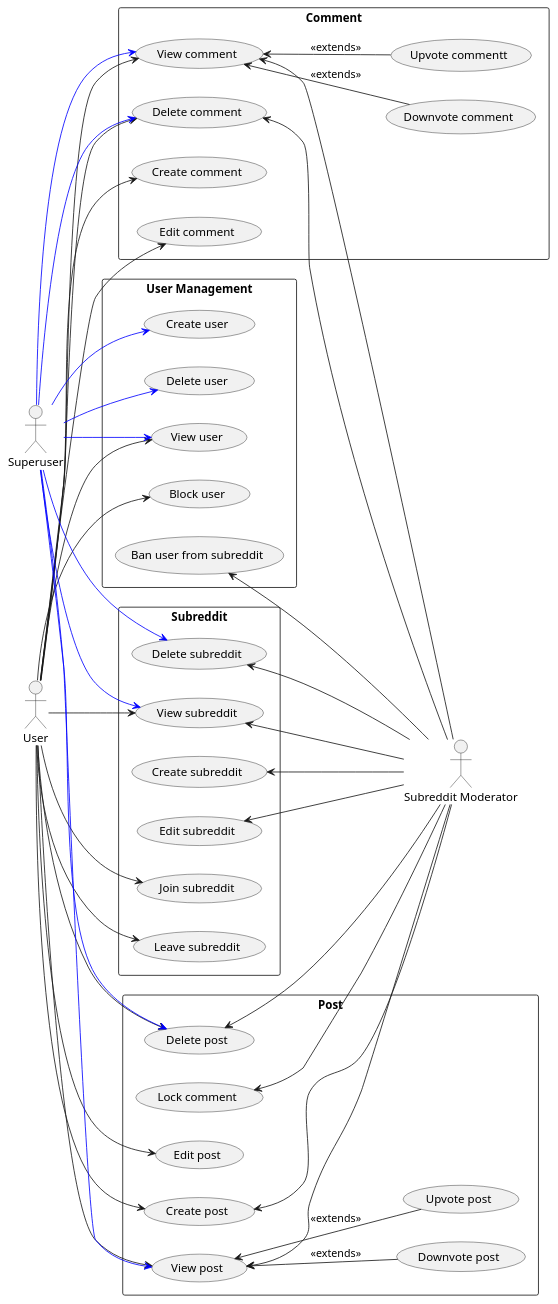
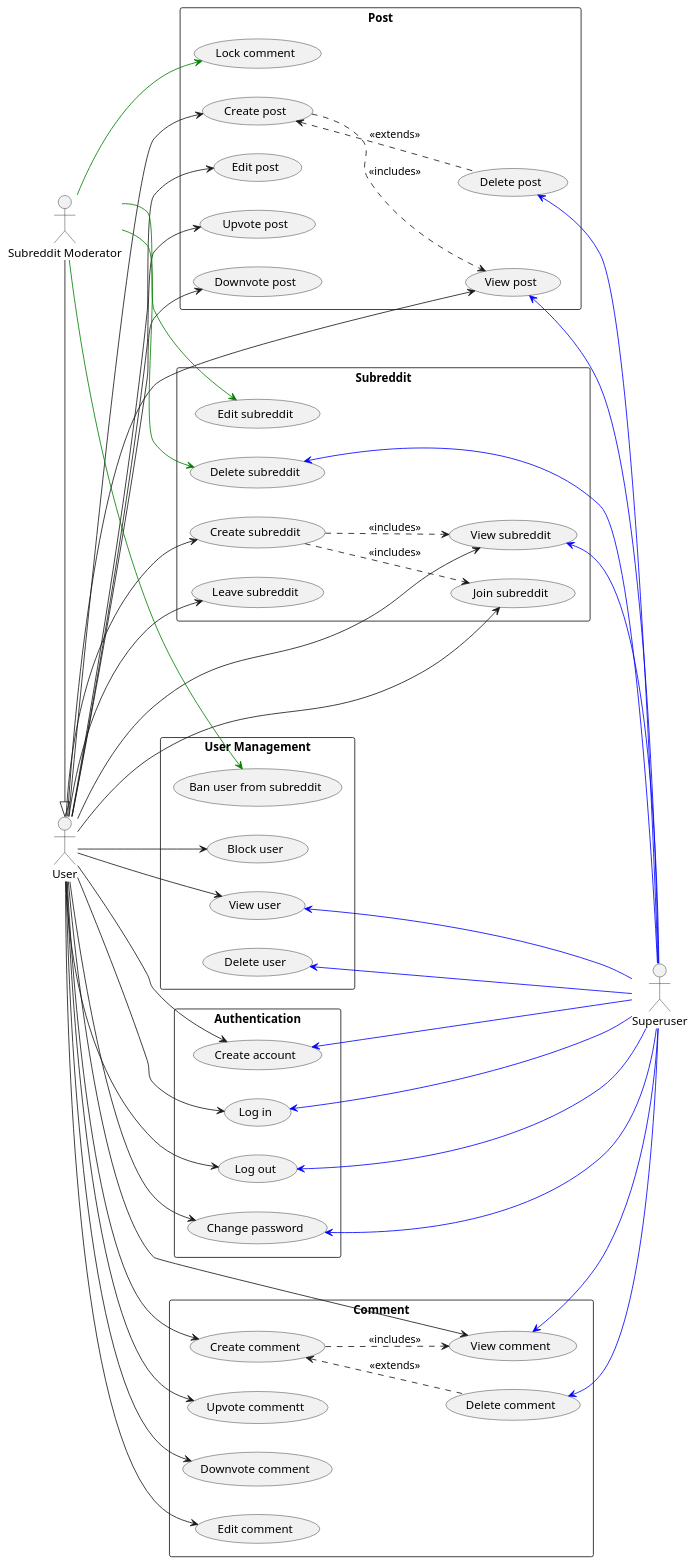
Before and after one commit to Huy-Ngo/reddit-design: the diagram in use_case.puml, drawn with PlantUML.

Commit message:
Rearrange use cases and actors

```diff
--- a/use_case.puml
+++ b/use_case.puml
@@ -1,85 +1,101 @@
 @startuml
 left to right direction
 skinparam packageStyle rectangle
 
 actor "User" as user
 actor "Subreddit Moderator" as mod
 actor "Superuser" as su
+mod -|> user
 rectangle Post as post {
   usecase "View post" as post_view
   usecase "Create post" as post_create
   usecase "Edit post" as post_edit
   usecase "Delete post" as post_delete
   usecase "Upvote post" as post_up
   usecase "Downvote post" as post_down
   usecase "Lock comment" as post_lock
 }
 
 rectangle Comment as cmt {
   usecase "View comment" as cmt_view
   usecase "Create comment" as cmt_create
   usecase "Upvote commentt" as cmt_up
   usecase "Downvote comment" as cmt_down
   usecase "Edit comment" as cmt_edit
   usecase "Delete comment" as cmt_delete
 }
 
 rectangle Subreddit as sub {
   usecase "View subreddit" as sub_view
   usecase "Create subreddit" as sub_create
   usecase "Edit subreddit" as sub_edit
   usecase "Delete subreddit" as sub_delete
   usecase "Join subreddit" as sub_join
   usecase "Leave subreddit" as sub_leave
 }
 
 rectangle "User Management" as user_mng {
   usecase "View user" as user_view
-  usecase "Create user" as user_create
   usecase "Delete user" as user_delete
   usecase "Block user" as user_block
   usecase "Ban user from subreddit" as user_ban
 }
 
+rectangle "Authentication" as auth {
+  usecase "Create account" as acc_create
+  usecase "Log in" as login
+  usecase "Log out" as logout
+  usecase "Change password" as pwd_change
+}
+
+user --> acc_create
+user --> login
+user --> logout
+user --> pwd_change
+
 user --> post_create
+user --> post_view
 user --> post_edit
-user --> post_delete
-user --> post_view
+user --> post_up
+user --> post_down
+
+user --> cmt_up
+user --> cmt_down
 user --> cmt_create
 user --> cmt_edit
-user --> cmt_delete
 user --> cmt_view
+
+user --> sub_create
 user --> sub_join
 user --> sub_leave
 user --> sub_view
+
 user --> user_block
 user --> user_view
 
-post_lock <-- mod
-post_view <-- mod
-post_create <-- mod
-post_delete <-- mod
-cmt_view <-- mod
-cmt_delete <-- mod
-sub_create <-- mod
-sub_edit <-- mod
-sub_view <-- mod
-sub_delete <-- mod
-user_ban <-- mod
+mod -[#green]-> post_lock
+mod -[#green]-> sub_edit
+mod -[#green]-> sub_delete
+mod -[#green]-> user_ban
 
-su -[#blue]-> post_view
-su -[#blue]-> post_delete
-su -[#blue]-> cmt_view
-su -[#blue]-> cmt_delete
-su -[#blue]-> sub_view
-su -[#blue]-> sub_delete
-su -[#blue]-> user_view
-su -[#blue]-> user_create
-su -[#blue]-> user_delete
+post_view   <-[#blue]- su
+post_delete <-[#blue]- su
+cmt_view    <-[#blue]- su
+cmt_delete  <-[#blue]- su
+sub_view    <-[#blue]- su
+sub_delete  <-[#blue]- su
+user_view   <-[#blue]- su
+user_delete <-[#blue]- su
+acc_create  <-[#blue]- su
+login       <-[#blue]- su
+logout      <-[#blue]- su
+pwd_change  <-[#blue]- su
 
-post_view <-- post_up : <<extends>>
-post_view <-- post_down : <<extends>>
-cmt_view <-- cmt_up : <<extends>>
-cmt_view <-- cmt_down : <<extends>>
+post_create <.. post_delete : <<extends>>
+post_create ..> post_view : <<includes>>
+cmt_create ..> cmt_view : <<includes>>
+cmt_create <.. cmt_delete : <<extends>>
+sub_create ..> sub_view : <<includes>>
+sub_create ..> sub_join : <<includes>>
 
 @enduml
```
